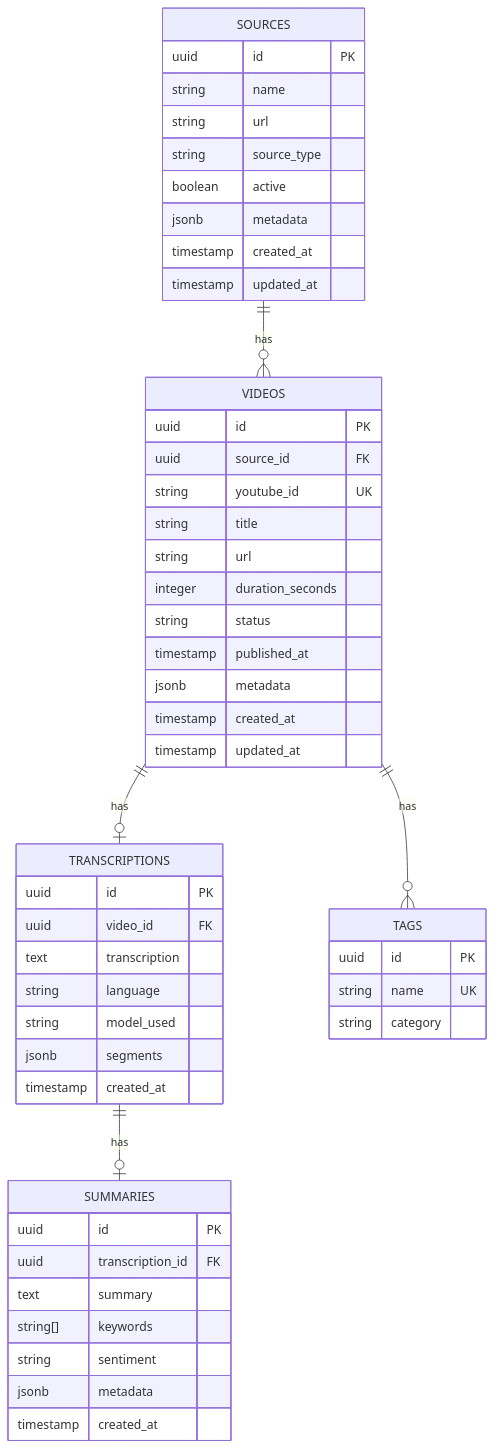
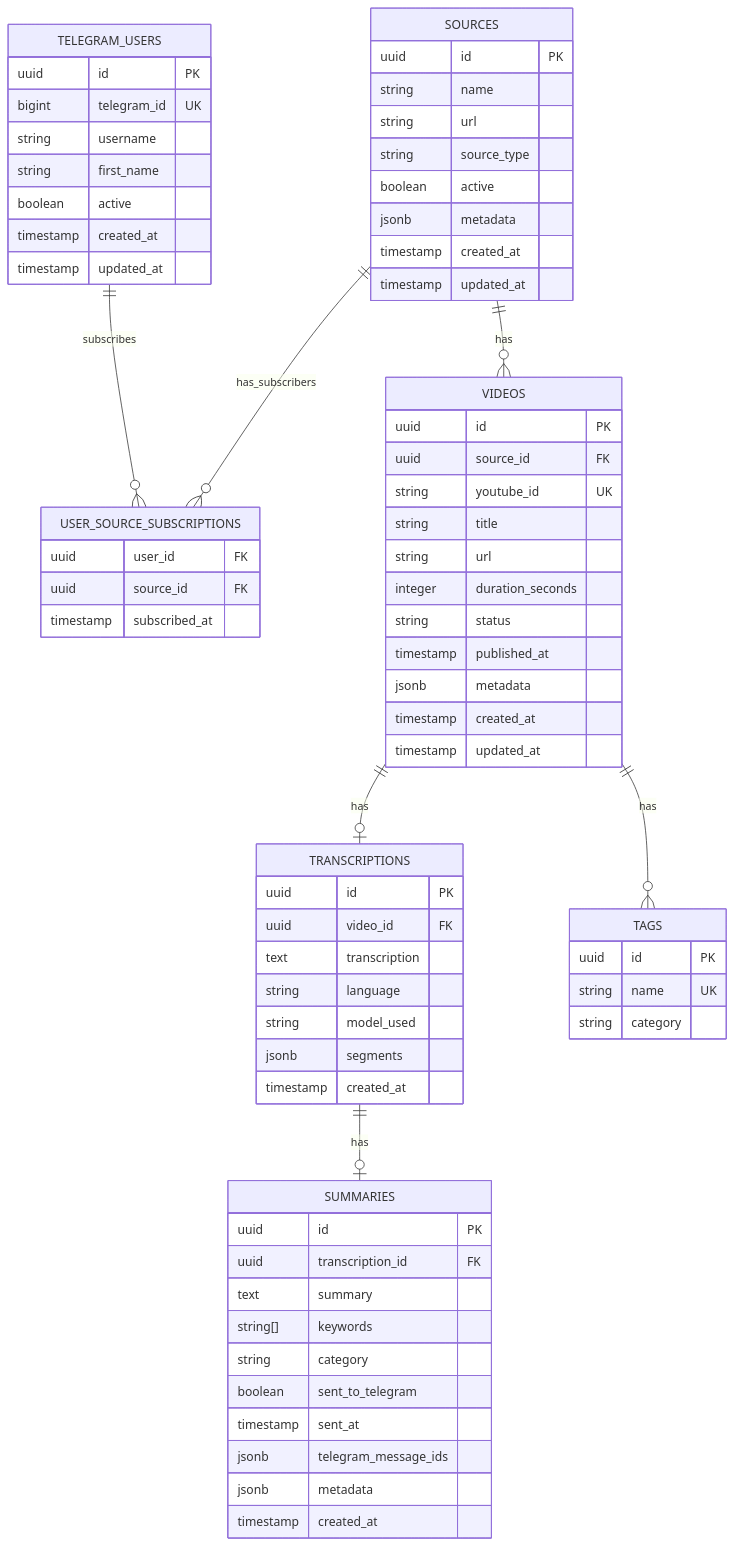
Before and after one commit to Prodelaya/youtube-AIsummary: the sixth of 6 diagrams in docs/architecture.md, drawn with Mermaid. The commit also changed other lines of this file and 1 other file, not shown here.

First line of the commit message:
docs: update architecture and roadmap for DeepSeek migration and multi-user bot

````diff
--- a/docs/architecture.md
+++ b/docs/architecture.md
@@ -399,58 +408,79 @@
 ```mermaid
 erDiagram
+    TELEGRAM_USERS ||--o{ USER_SOURCE_SUBSCRIPTIONS : subscribes
+    SOURCES ||--o{ USER_SOURCE_SUBSCRIPTIONS : has_subscribers
     SOURCES ||--o{ VIDEOS : has
     VIDEOS ||--o| TRANSCRIPTIONS : has
     TRANSCRIPTIONS ||--o| SUMMARIES : has
     VIDEOS ||--o{ TAGS : has
+
+    TELEGRAM_USERS {
+        uuid id PK
+        bigint telegram_id UK
+        string username
+        string first_name
+        boolean active
+        timestamp created_at
+        timestamp updated_at
+    }
+
+    USER_SOURCE_SUBSCRIPTIONS {
+        uuid user_id FK
+        uuid source_id FK
+        timestamp subscribed_at
+    }
 
     SOURCES {
         uuid id PK
         string name
         string url
         string source_type
         boolean active
         jsonb metadata
         timestamp created_at
         timestamp updated_at
     }
 
     VIDEOS {
         uuid id PK
         uuid source_id FK
         string youtube_id UK
         string title
         string url
         integer duration_seconds
         string status
         timestamp published_at
         jsonb metadata
         timestamp created_at
         timestamp updated_at
     }
 
     TRANSCRIPTIONS {
         uuid id PK
         uuid video_id FK
         text transcription
         string language
         string model_used
         jsonb segments
         timestamp created_at
     }
 
     SUMMARIES {
         uuid id PK
         uuid transcription_id FK
         text summary
         string[] keywords
-        string sentiment
+        string category
+        boolean sent_to_telegram
+        timestamp sent_at
+        jsonb telegram_message_ids
         jsonb metadata
         timestamp created_at
     }
 
     TAGS {
         uuid id PK
         string name UK
         string category
     }
 ```
````
